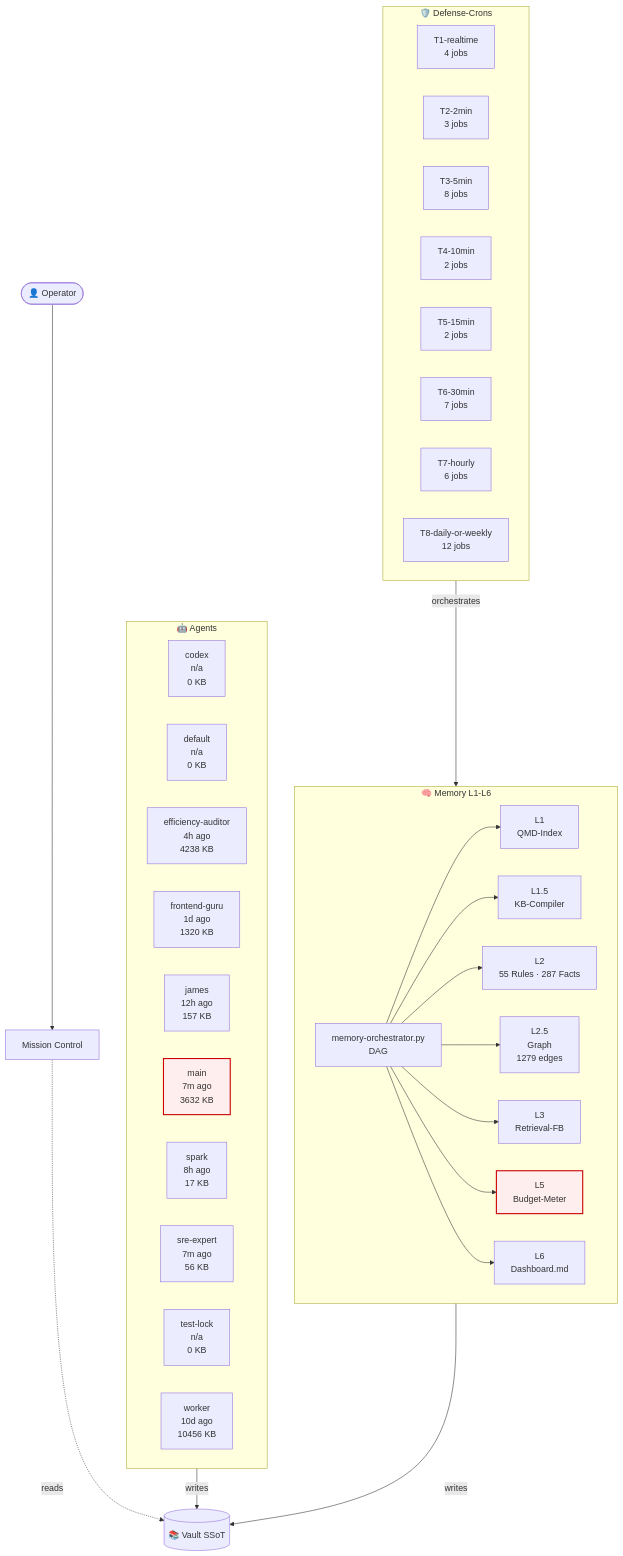
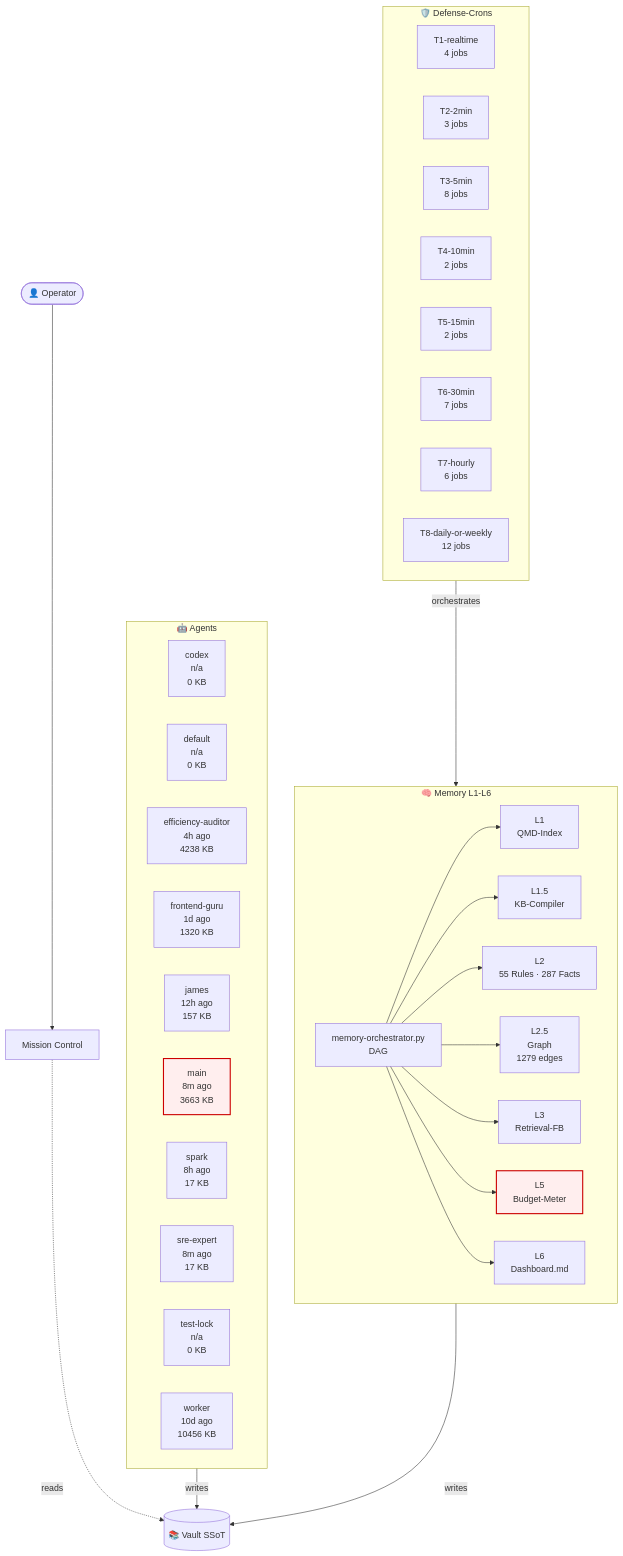
One commit to lenardhuebner88-rgb/openclaw-memory changed the diagram in 03-Agents/architecture-live.md. Above: the diagram before and after it, drawn with Mermaid. The commit also changed other lines of this file, not shown here.

````diff
--- a/03-Agents/architecture-live.md
+++ b/03-Agents/architecture-live.md
@@ -18,53 +18,53 @@
 ```mermaid
 flowchart TB
     classDef critical fill:#fee,stroke:#c00,stroke-width:2px;
     subgraph AGT["🤖 Agents"]
         agent_codex["codex<br/>n/a<br/>0 KB"]
         agent_default["default<br/>n/a<br/>0 KB"]
         agent_efficiency_auditor["efficiency-auditor<br/>4h ago<br/>4238 KB"]
         agent_frontend_guru["frontend-guru<br/>1d ago<br/>1320 KB"]
         agent_james["james<br/>12h ago<br/>157 KB"]
-        agent_main["main<br/>7m ago<br/>3632 KB"]
+        agent_main["main<br/>8m ago<br/>3663 KB"]
         agent_spark["spark<br/>8h ago<br/>17 KB"]
-        agent_sre_expert["sre-expert<br/>7m ago<br/>56 KB"]
+        agent_sre_expert["sre-expert<br/>8m ago<br/>17 KB"]
         agent_test_lock["test-lock<br/>n/a<br/>0 KB"]
         agent_worker["worker<br/>10d ago<br/>10456 KB"]
     end
     subgraph MEM["🧠 Memory L1-L6"]
         L1["L1<br/>QMD-Index"]
         L15["L1.5<br/>KB-Compiler"]
         L2["L2<br/>55 Rules · 287 Facts"]
         L25["L2.5<br/>Graph<br/>1279 edges"]
         L3["L3<br/>Retrieval-FB"]
         L5["L5<br/>Budget-Meter"]
         L6["L6<br/>Dashboard.md"]
         ORCH["memory-orchestrator.py<br/>DAG"]
     end
     subgraph CRN["🛡️ Defense-Crons"]
         tier_T1_realtime["T1-realtime<br/>4 jobs"]
         tier_T2_2min["T2-2min<br/>3 jobs"]
         tier_T3_5min["T3-5min<br/>8 jobs"]
         tier_T4_10min["T4-10min<br/>2 jobs"]
         tier_T5_15min["T5-15min<br/>2 jobs"]
         tier_T6_30min["T6-30min<br/>7 jobs"]
         tier_T7_hourly["T7-hourly<br/>6 jobs"]
         tier_T8_daily_or_weekly["T8-daily-or-weekly<br/>12 jobs"]
     end
     VAULT[("📚 Vault SSoT")]
     OP([👤 Operator])
     MC["Mission Control"]
     OP --> MC
     MC -.reads.-> VAULT
     AGT -->|writes| VAULT
     MEM -->|writes| VAULT
     ORCH --> L1
     ORCH --> L15
     ORCH --> L2
     ORCH --> L25
     ORCH --> L3
     ORCH --> L5
     ORCH --> L6
     CRN -->|orchestrates| MEM
     class L5 critical
     class agent_main critical
 ```
````
